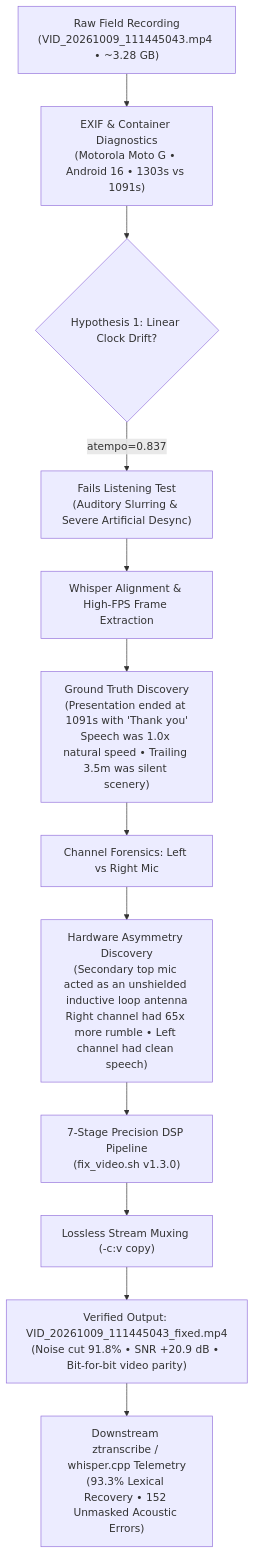
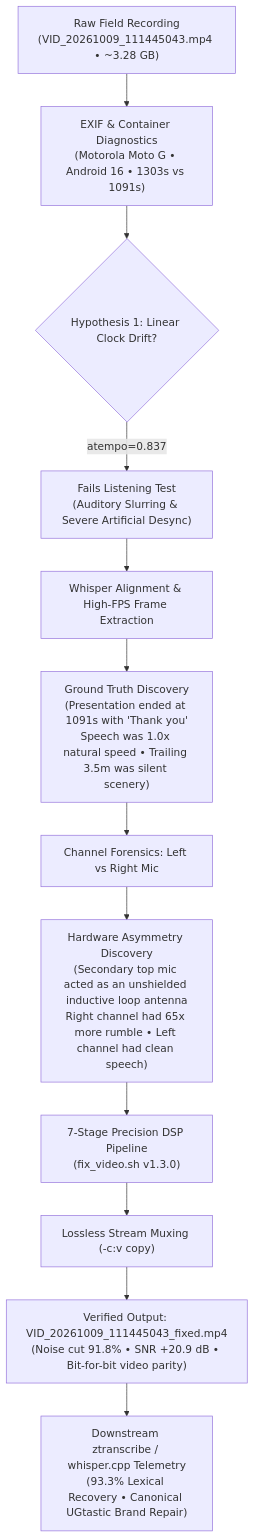
One commit to just3ws/just3ws.github.io changed the first of 2 diagrams in _posts/2026-10-12-under-the-high-tension-wires-forensic-acoustics-and-craftsmanship.md. Above: the diagram before and after it, drawn with Mermaid. The commit also changed other lines of this file, not shown here.

````diff
--- a/_posts/2026-10-12-under-the-high-tension-wires-forensic-acoustics-and-craftsmanship.md
+++ b/_posts/2026-10-12-under-the-high-tension-wires-forensic-acoustics-and-craftsmanship.md
@@ -43,16 +43,16 @@
 ```mermaid
 flowchart TD
     A["Raw Field Recording<br>(VID_20261009_111445043.mp4 • ~3.28 GB)"] --> B["EXIF & Container Diagnostics<br>(Motorola Moto G • Android 16 • 1303s vs 1091s)"]
     B --> C{"Hypothesis 1: Linear Clock Drift?"}
     C -- "atempo=0.837" --> D["Fails Listening Test<br>(Auditory Slurring & Severe Artificial Desync)"]
     D --> E["Whisper Alignment & High-FPS Frame Extraction"]
     E --> F["Ground Truth Discovery<br>(Presentation ended at 1091s with 'Thank you'<br>Speech was 1.0x natural speed • Trailing 3.5m was silent scenery)"]
     
     F --> G["Channel Forensics: Left vs Right Mic"]
     G --> H["Hardware Asymmetry Discovery<br>(Secondary top mic acted as an unshielded inductive loop antenna<br>Right channel had 65x more rumble • Left channel had clean speech)"]
     
     H --> I["7-Stage Precision DSP Pipeline<br>(fix_video.sh v1.3.0)"]
     I --> J["Lossless Stream Muxing (-c:v copy)"]
     J --> K["Verified Output: VID_20261009_111445043_fixed.mp4<br>(Noise cut 91.8% • SNR +20.9 dB • Bit-for-bit video parity)"]
-    K --> L["Downstream ztranscribe / whisper.cpp Telemetry<br>(93.3% Lexical Recovery • 152 Unmasked Acoustic Errors)"]
+    K --> L["Downstream ztranscribe / whisper.cpp Telemetry<br>(93.3% Lexical Recovery • Canonical UGtastic Brand Repair)"]
 ```
````
